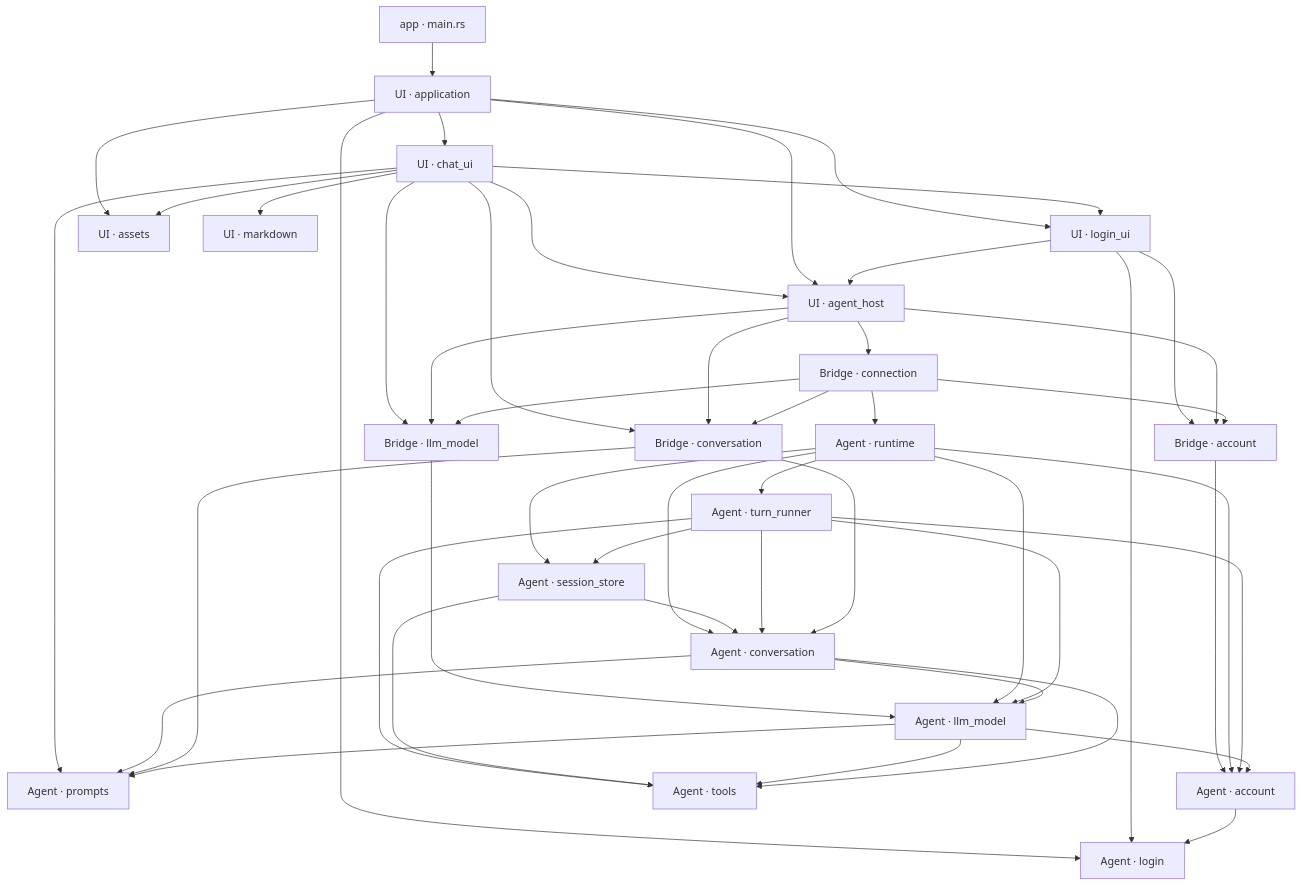
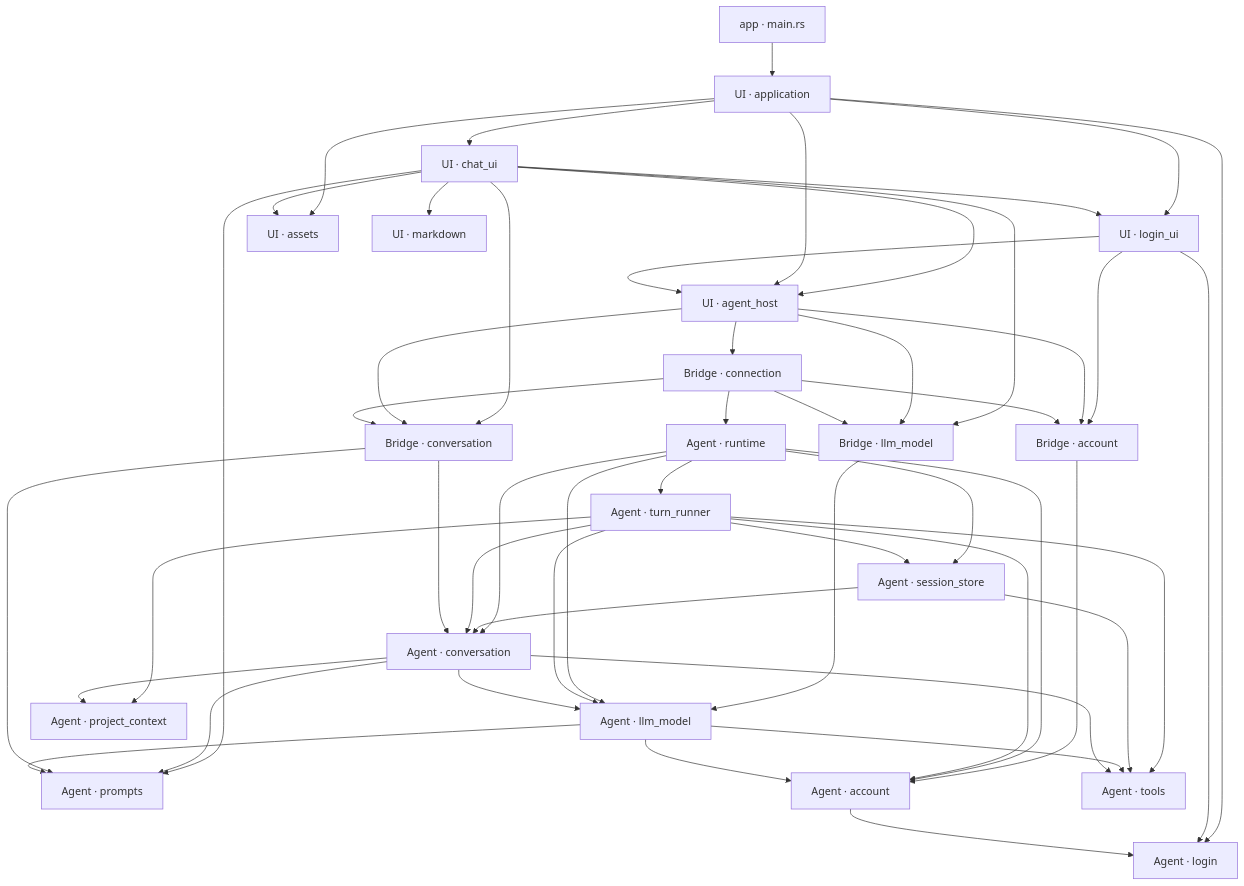
One commit to slc90/Agentelier changed the first of 3 diagrams in docs/design/architecture.md. Above: the diagram before and after it, drawn with Mermaid. The commit also changed other lines of this file and 25 other files, not shown here.

````diff
--- a/docs/design/architecture.md
+++ b/docs/design/architecture.md
@@ -33,50 +34,52 @@
 ```mermaid
 flowchart TD
     Entry["app · main.rs"] --> App["UI · application"]
     App --> UI["UI · login_ui"]
     App --> Assets["UI · assets"]
     App --> Login["Agent · login"]
     UI --> Login
     App --> ChatUI["UI · chat_ui"]
     ChatUI --> Markdown["UI · markdown"]
     ChatUI --> UI
     ChatUI --> Host
     App --> Host["UI · agent_host"]
     UI --> Host
     Host --> Connection["Bridge · connection"]
     UI --> AccountBridge["Bridge · account"]
     ChatUI --> ModelBridge["Bridge · llm_model"]
     ChatUI --> ConversationBridge["Bridge · conversation"]
     ChatUI --> Prompts["Agent · prompts"]
     ChatUI --> Assets
     Host --> AccountBridge
     Host --> ModelBridge
     Host --> ConversationBridge
     Connection --> Runtime["Agent · runtime"]
     Connection --> AccountBridge
     Connection --> ModelBridge
     Connection --> ConversationBridge
     AccountBridge --> Account["Agent · account"]
     ModelBridge --> Model["Agent · llm_model"]
     Runtime --> Account
     Runtime --> Model
     Runtime --> Conversation["Agent · conversation"]
     Runtime --> SessionStore["Agent · session_store"]
     SessionStore --> Conversation
     Runtime --> Runner["Agent · turn_runner"]
     Runner --> Conversation
+    Runner --> ProjectContext["Agent · project_context"]
     Runner --> Model
     Runner --> Account
     Runner --> Tools["Agent · tools"]
     Runner --> SessionStore
     SessionStore --> Tools
     Model --> Tools
     Conversation --> Tools
     Conversation --> Model
     Conversation --> Prompts
+    Conversation --> ProjectContext
     ConversationBridge --> Conversation
     ConversationBridge --> Prompts
     Model --> Prompts
     Model --> Account
     Account --> Login
 ```
````
